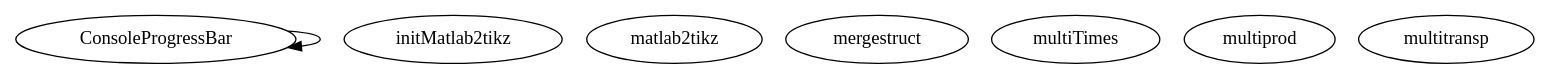
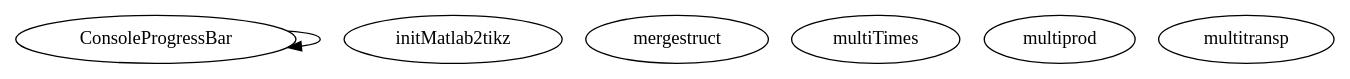
The diagram in doc/GRENAT/src/libs/graph.dot (luclaurent/GRENAT), drawn with Graphviz before and after one commit. The commit also changed 364 other files, not shown here.

```diff
--- a/doc/GRENAT/src/libs/graph.dot
+++ b/doc/GRENAT/src/libs/graph.dot
@@ -1,12 +1,11 @@
 /* Created by mdot for Matlab */
 digraph m2html {
   ConsoleProgressBar -> ConsoleProgressBar;
 
   ConsoleProgressBar [URL="ConsoleProgressBar.html"];
   initMatlab2tikz [URL="initMatlab2tikz.html"];
-  matlab2tikz [URL="matlab2tikz.html"];
   mergestruct [URL="mergestruct.html"];
   multiTimes [URL="multiTimes.html"];
   multiprod [URL="multiprod.html"];
   multitransp [URL="multitransp.html"];
 }
```
